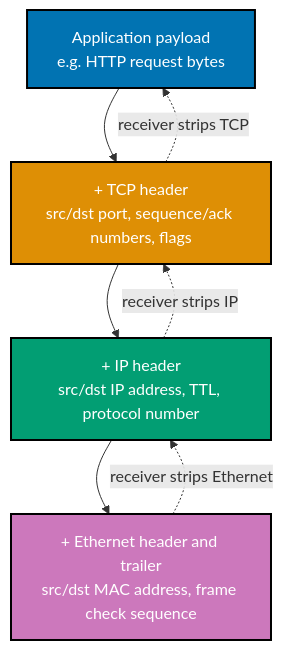
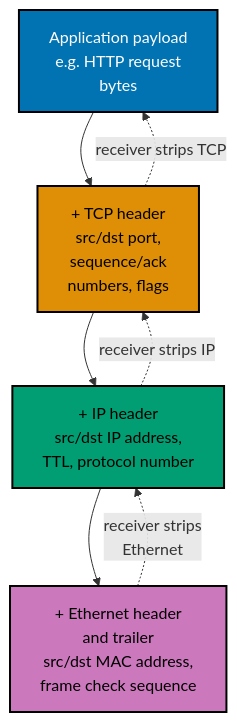
One commit to wahidyankf/ose-public changed the second of 3 diagrams in apps/ayokoding-www/content/en/learn/courses/advanced-networking/learning/beginner.md. Above: the diagram before and after it, drawn with Mermaid. The commit also changed other lines of this file and 144 other files, not shown here.

First line of the commit message:
fix(mermaid): bring the first half of the courses diagrams onto the accessible palette

````diff
--- a/apps/ayokoding-www/content/en/learn/courses/advanced-networking/learning/beginner.md
+++ b/apps/ayokoding-www/content/en/learn/courses/advanced-networking/learning/beginner.md
@@ -140,19 +143,22 @@
 ```mermaid
 %% Color Palette: Blue #0173B2, Orange #DE8F05, Teal #029E73, Purple #CC78BC
 graph TD
-    P["Application payload<br/>e.g. HTTP request bytes"]:::blue
-    T["+ TCP header<br/>src/dst port, sequence/ack numbers, flags"]:::orange
-    N["+ IP header<br/>src/dst IP address, TTL, protocol number"]:::teal
-    L["+ Ethernet header and trailer<br/>src/dst MAC address, frame check sequence"]:::purple
+    accTitle: Example 2: Encapsulation -- a Payload Gaining and Shedding Headers
+    accDescr: Graph with 4 nodes and 6 connections. Nodes: Application payload e.g. HTTP request bytes, + TCP header src/dst port, sequence/ack numbers, flags, + IP header src/dst IP address, TTL, protocol number, + Ethernet header and trailer src/dst MAC address, frame check sequence. Connections: Application payload e.g. HTTP request bytes to + TCP header src/dst port, sequence/ack numbers, flags, + TCP header src/dst port, sequence/ack numbers, flags to + IP header src/dst IP address, TTL, protocol number, + IP header src/dst IP address, TTL, protocol number to + Ethernet header and trailer src/dst MAC address, frame check sequence, + Ethernet header and trailer src/dst MAC address, frame check sequence to + IP header src/dst IP address, TTL, protocol number (receiver strips Ethernet), + IP header src/dst IP address, TTL, protocol number to + TCP header src/dst port, sequence/ack numbers, flags (receiver strips IP), + TCP header src/dst port, sequence/ack numbers, flags to Application payload e.g. HTTP request bytes (receiver strips TCP).
+    P["Application payload<br/>e.g. HTTP request<br/>bytes"]:::blue
+    T["+ TCP header<br/>src/dst port,<br/>sequence/ack<br/>numbers, flags"]:::orange
+    N["+ IP header<br/>src/dst IP address,<br/>TTL, protocol number"]:::teal
+    L["+ Ethernet header<br/>and trailer<br/>src/dst MAC address,<br/>frame check sequence"]:::purple
     P --> T
     T --> N
     N --> L
-    L -.->|receiver strips Ethernet| N
+    L -.->|receiver strips<br/>Ethernet| N
     N -.->|receiver strips IP| T
     T -.->|receiver strips TCP| P
 
     classDef blue fill:#0173B2,stroke:#000000,color:#FFFFFF,stroke-width:2px
-    classDef orange fill:#DE8F05,stroke:#000000,color:#FFFFFF,stroke-width:2px
-    classDef teal fill:#029E73,stroke:#000000,color:#FFFFFF,stroke-width:2px
-    classDef purple fill:#CC78BC,stroke:#000000,color:#FFFFFF,stroke-width:2px
+    classDef orange fill:#DE8F05,stroke:#000000,color:#000000,stroke-width:2px
+    classDef teal fill:#029E73,stroke:#000000,color:#000000,stroke-width:2px
+    classDef purple fill:#CC78BC,stroke:#000000,color:#000000,stroke-width:2px
+    classDef default fill:#FFFFFF,stroke:#000000,color:#000000
 ```
````
